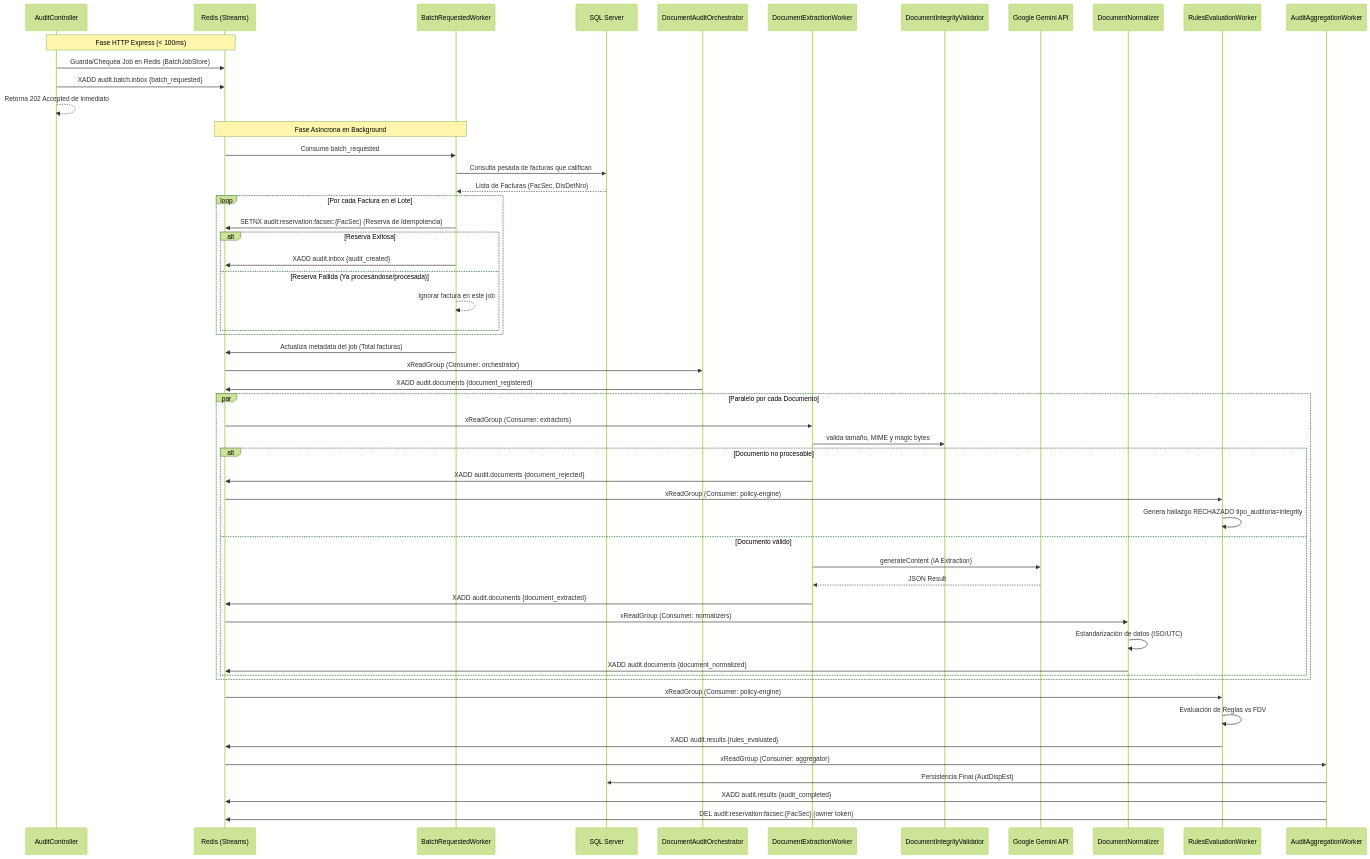
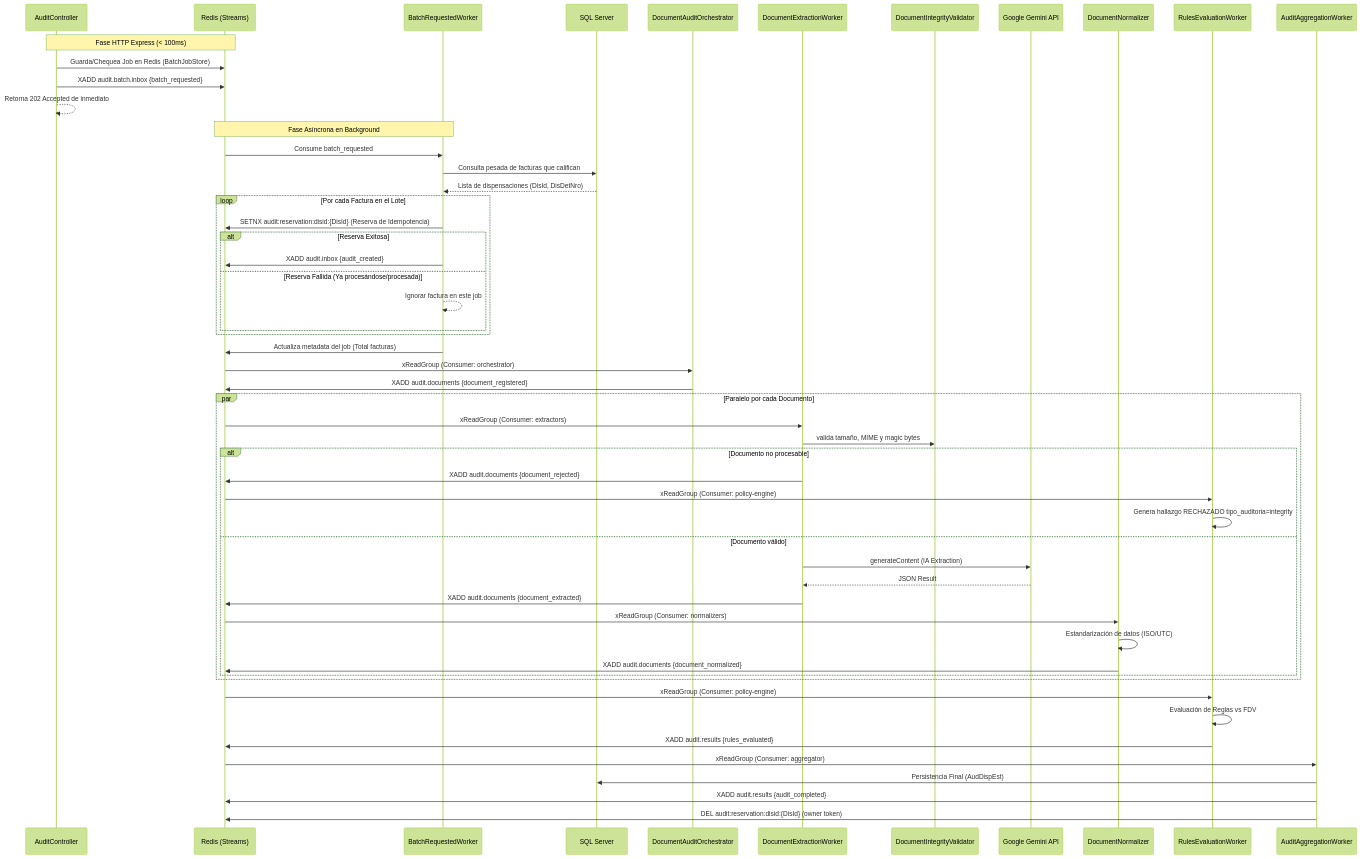
One commit to jfrem/AudFact changed the third of 3 diagrams in plans/data-flows.md. Above: the diagram before and after it, drawn with Mermaid (forest theme). The commit also changed other lines of this file and 27 other files, not shown here.

First line of the commit message:
fix(audit): resolver colision de resultados usando FacNro como primary key

````diff
--- a/plans/data-flows.md
+++ b/plans/data-flows.md
@@ -107,63 +107,63 @@
 ```mermaid
 sequenceDiagram
     participant API as AuditController
     participant R as Redis (Streams)
     participant BW as BatchRequestedWorker
     participant DB as SQL Server
     participant AO as DocumentAuditOrchestrator
     participant EW as DocumentExtractionWorker
     participant IV as DocumentIntegrityValidator
     participant G as Google Gemini API
     participant NW as DocumentNormalizer
     participant RW as RulesEvaluationWorker
     participant AW as AuditAggregationWorker
 
     Note over API,R: Fase HTTP Express (< 100ms)
     API->>R: Guarda/Chequea Job en Redis (BatchJobStore)
     API->>R: XADD audit.batch.inbox {batch_requested}
     API-->>API: Retorna 202 Accepted de inmediato
 
     Note over R,BW: Fase Asíncrona en Background
     R->>BW: Consume batch_requested
     BW->>DB: Consulta pesada de facturas que califican
-    DB-->>BW: Lista de Facturas (FacSec, DisDetNro)
+    DB-->>BW: Lista de dispensaciones (DisId, DisDetNro)
     
     loop Por cada Factura en el Lote
-        BW->>R: SETNX audit:reservation:facsec:{FacSec} (Reserva de Idempotencia)
+        BW->>R: SETNX audit:reservation:disid:{DisId} (Reserva de Idempotencia)
         alt Reserva Exitosa
             BW->>R: XADD audit.inbox {audit_created}
         else Reserva Fallida (Ya procesándose/procesada)
             BW-->>BW: Ignorar factura en este job
         end
     end
     BW->>R: Actualiza metadata del job (Total facturas)
 
     R->>AO: xReadGroup (Consumer: orchestrator)
     AO->>R: XADD audit.documents {document_registered}
     
     par Paralelo por cada Documento
         R->>EW: xReadGroup (Consumer: extractors)
         EW->>IV: valida tamaño, MIME y magic bytes
         alt Documento no procesable
             EW->>R: XADD audit.documents {document_rejected}
             R->>RW: xReadGroup (Consumer: policy-engine)
             RW->>RW: Genera hallazgo RECHAZADO tipo_auditoria=integrity
         else Documento válido
             EW->>G: generateContent (IA Extraction)
             G-->>EW: JSON Result
             EW->>R: XADD audit.documents {document_extracted}
             R->>NW: xReadGroup (Consumer: normalizers)
             NW->>NW: Estandarización de datos (ISO/UTC)
             NW->>R: XADD audit.documents {document_normalized}
         end
     end
 
     R->>RW: xReadGroup (Consumer: policy-engine)
     RW->>RW: Evaluación de Reglas vs FDV
     RW->>R: XADD audit.results {rules_evaluated}
 
     R->>AW: xReadGroup (Consumer: aggregator)
     AW->>DB: Persistencia Final (AudDispEst)
     AW->>R: XADD audit.results {audit_completed}
-    AW->>R: DEL audit:reservation:facsec:{FacSec} (owner token)
+    AW->>R: DEL audit:reservation:disid:{DisId} (owner token)
 ```
````
